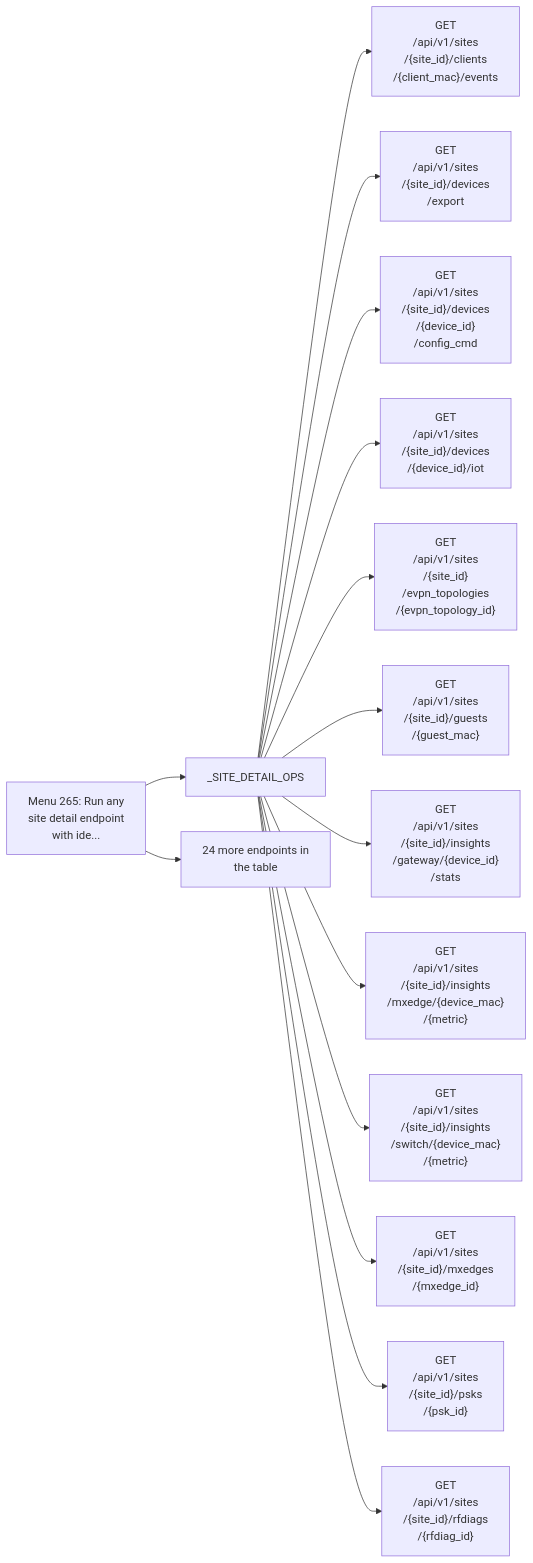
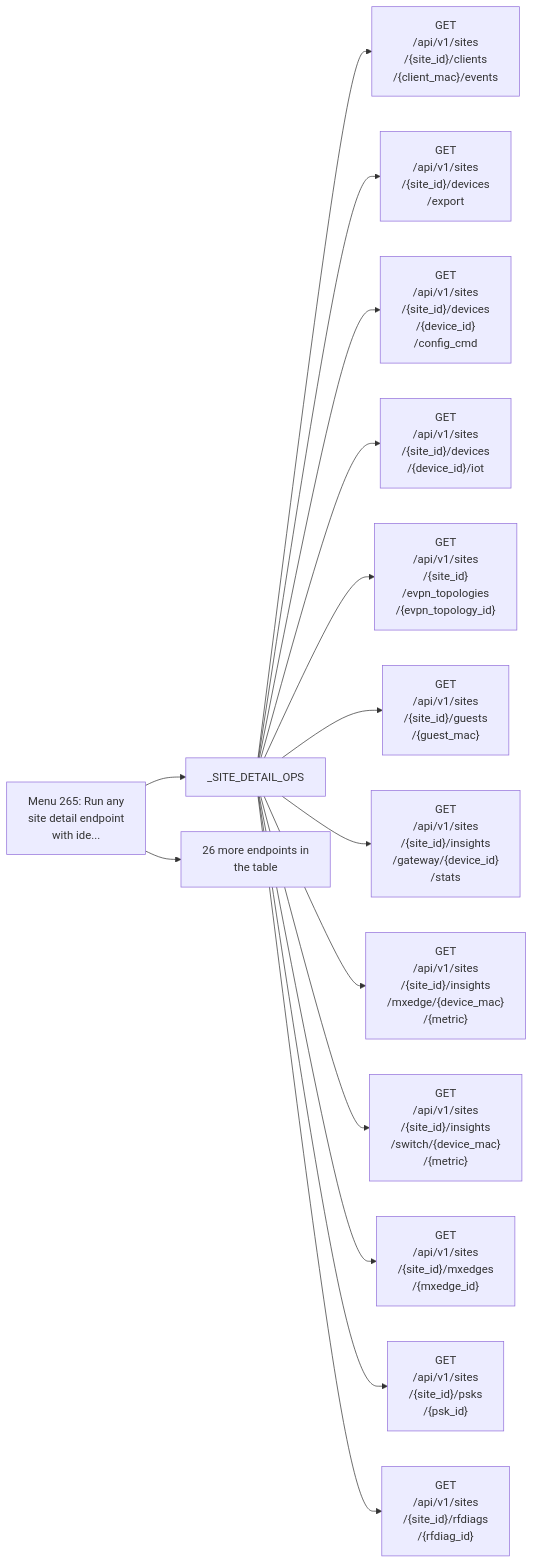
Diagram 22 of 26 in documentation/menu-api/interactive-safe.md (jmorrison-juniper/MistHelper), drawn with Mermaid before and after one commit. The commit also changed other lines of this file and 22 other files, not shown here.

````diff
--- a/documentation/menu-api/interactive-safe.md
+++ b/documentation/menu-api/interactive-safe.md
@@ -1613,18 +1618,18 @@
 ```mermaid
 flowchart LR
     menu["Menu 265: Run any<br/>site detail endpoint<br/>with ide..."]
     menu --> c1["_SITE_DETAIL_OPS"]
     c1 --> e1["GET<br/>/api/v1/sites<br/>/{site_id}/clients<br/>/{client_mac}/events"]
     c1 --> e2["GET<br/>/api/v1/sites<br/>/{site_id}/devices<br/>/export"]
     c1 --> e3["GET<br/>/api/v1/sites<br/>/{site_id}/devices<br/>/{device_id}<br/>/config_cmd"]
     c1 --> e4["GET<br/>/api/v1/sites<br/>/{site_id}/devices<br/>/{device_id}/iot"]
     c1 --> e5["GET<br/>/api/v1/sites<br/>/{site_id}<br/>/evpn_topologies<br/>/{evpn_topology_id}"]
     c1 --> e6["GET<br/>/api/v1/sites<br/>/{site_id}/guests<br/>/{guest_mac}"]
     c1 --> e7["GET<br/>/api/v1/sites<br/>/{site_id}/insights<br/>/gateway/{device_id}<br/>/stats"]
     c1 --> e8["GET<br/>/api/v1/sites<br/>/{site_id}/insights<br/>/mxedge/{device_mac}<br/>/{metric}"]
     c1 --> e9["GET<br/>/api/v1/sites<br/>/{site_id}/insights<br/>/switch/{device_mac}<br/>/{metric}"]
     c1 --> e10["GET<br/>/api/v1/sites<br/>/{site_id}/mxedges<br/>/{mxedge_id}"]
     c1 --> e11["GET<br/>/api/v1/sites<br/>/{site_id}/psks<br/>/{psk_id}"]
     c1 --> e12["GET<br/>/api/v1/sites<br/>/{site_id}/rfdiags<br/>/{rfdiag_id}"]
-    menu --> more["24 more endpoints in<br/>the table"]
+    menu --> more["26 more endpoints in<br/>the table"]
 ```
````
